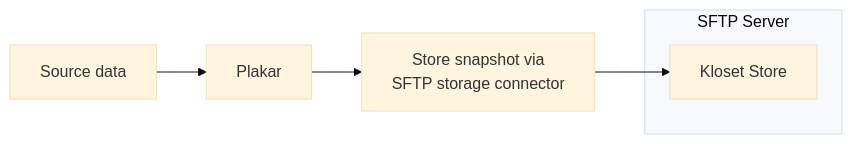
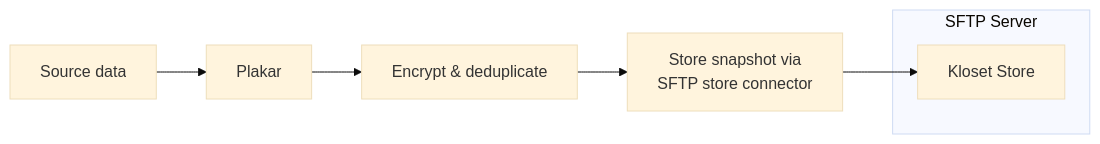
One commit to vcoisne/plakar.io changed the third of 3 diagrams in docs/community/main/integrations/sftp/index.md. Above: the diagram before and after it, drawn with Mermaid (base theme). The commit also changed other lines of this file and 1333 other files, not shown here.

```diff
--- a/docs/community/main/integrations/sftp/index.md
+++ b/docs/community/main/integrations/sftp/index.md
@@ -202,15 +211,17 @@
 {{< mermaid >}}
 flowchart LR
 
 Source["Source data"]
 
-Source --> Plakar["Plakar"]
+Plakar["Plakar"]
 
-Via["Store snapshot via<br/>SFTP storage connector"]
+Transform["Encrypt & deduplicate"]
+
+Via["Store snapshot via<br/>SFTP store connector"]
 
 subgraph Store["SFTP Server"]
   Kloset["Kloset Store"]
 end
 
-Plakar --> Via --> Kloset
+Source --> Plakar --> Transform --> Via --> Kloset
 {{< /mermaid >}}
```
